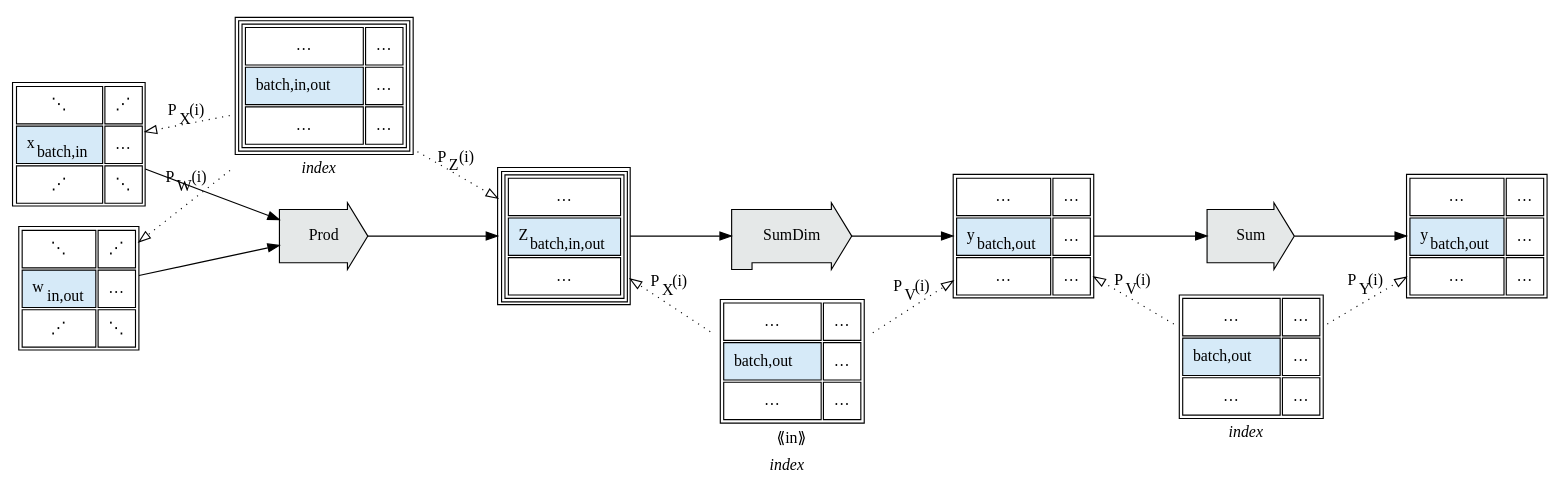
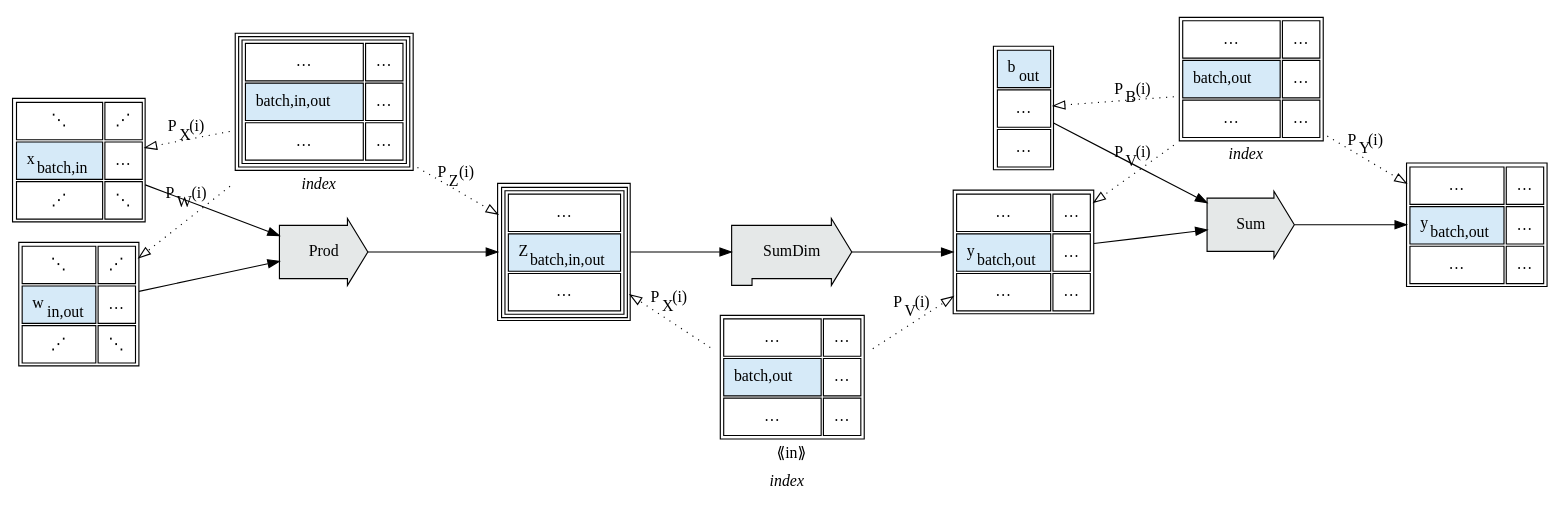
One commit to crutcher/crutcher.github.io-source changed diagram 26 of 27 in source/Tapestry/index.md. Above: the diagram before and after it, drawn with Graphviz. The commit also changed other lines of this file and 1 other file, not shown here.

Commit message:
add b to linear diagrams

```diff
--- a/source/Tapestry/index.md
+++ b/source/Tapestry/index.md
@@ -3351,6 +3351,23 @@
         >,
     ];
     
+    b [
+        shape="plain",
+        label=<
+        <table cellpadding="8">
+            <tr>
+                <td bgcolor="#D6EAF8">b<sub>out</sub></td>
+                </tr>
+            <tr>
+                <td>…</td>
+                </tr>
+            <tr>
+                <td>…</td>
+                </tr>
+            </table>
+        >,
+    ];
+    
     Sum [
         label=Sum,
         shape=rarrow,
@@ -3380,9 +3397,11 @@
     ];
     
     v -> Sum;
+    b -> Sum;
     Sum -> y;
     
     idx3 -> v [label=<P<sub>V</sub>(i)>, constraint=false, style=dotted, arrowhead=empty];
+    idx3 -> b [label=<P<sub>B</sub>(i)>, constraint=false, style=dotted, arrowhead=empty];
     idx3 -> y [label=<P<sub>Y</sub>(i)>, constraint=false, style=dotted, arrowhead=empty];
     
     { rank=same; Sum; idx3; }
```
